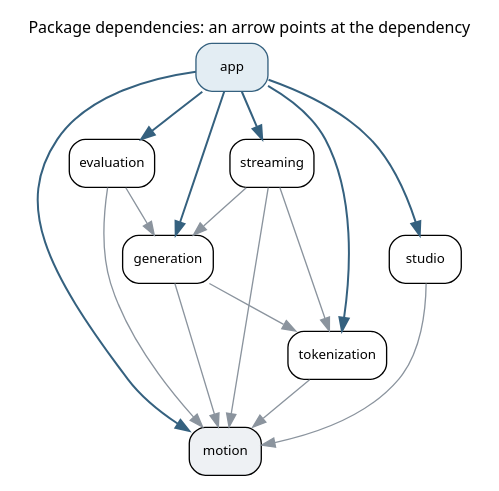
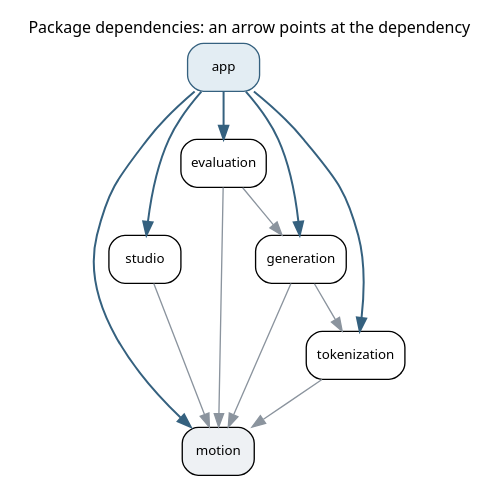
The diagram in doc/notes/diagrams/architecture.dot (CatalinButacu/GenAI-Text2Motion), drawn with Graphviz before and after one commit. The commit also changed 24 other files, not shown here.

Commit message:
Dissolve the streaming package: the incremental decoder joins generation, and the server, its protocol and its command-line requests join app; the import map and the docs follow

```diff
--- a/doc/notes/diagrams/architecture.dot
+++ b/doc/notes/diagrams/architecture.dot
@@ -1,27 +1,23 @@
 // Package dependency graph. GENERATED by scripts/figures/architecture_diagram.py
 // -- edges are derived from the source AST, so this file cannot drift from the code.
 digraph architecture {
     rankdir=TB;
     graph [fontname="Segoe UI", fontsize=12, labelloc="t", label="Package dependencies: an arrow points at the dependency"];
     node  [shape=box, style="rounded,filled", fontname="Segoe UI", fontsize=10, fillcolor="#ffffff"];
     edge  [fontname="Segoe UI", fontsize=9, color="#8b949e"];
 
     app [fillcolor="#e3edf3", color="#35617f"];
     motion [fillcolor="#eef1f4"];
 
     app -> evaluation [color="#35617f", penwidth=1.5];
     app -> generation [color="#35617f", penwidth=1.5];
     app -> motion [color="#35617f", penwidth=1.5];
-    app -> streaming [color="#35617f", penwidth=1.5];
     app -> studio [color="#35617f", penwidth=1.5];
     app -> tokenization [color="#35617f", penwidth=1.5];
     evaluation -> generation;
     evaluation -> motion;
     generation -> motion;
     generation -> tokenization;
-    streaming -> generation;
-    streaming -> motion;
-    streaming -> tokenization;
     studio -> motion;
     tokenization -> motion;
 }
```
